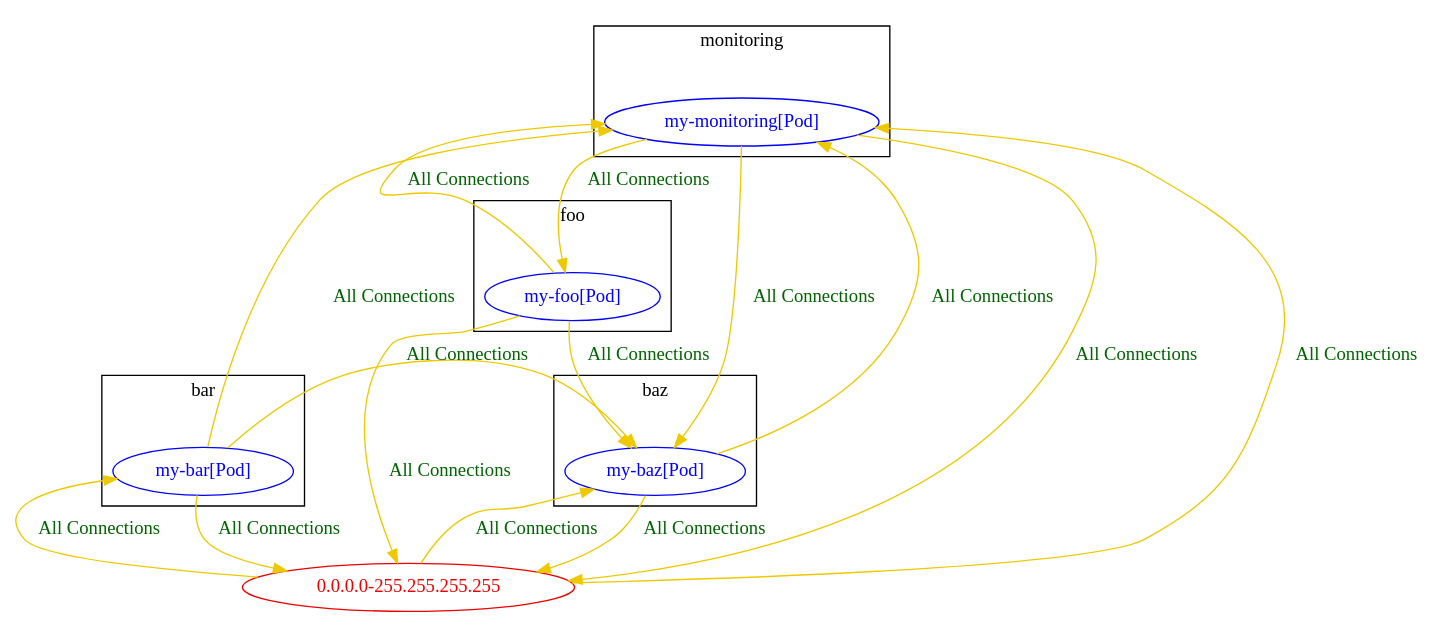
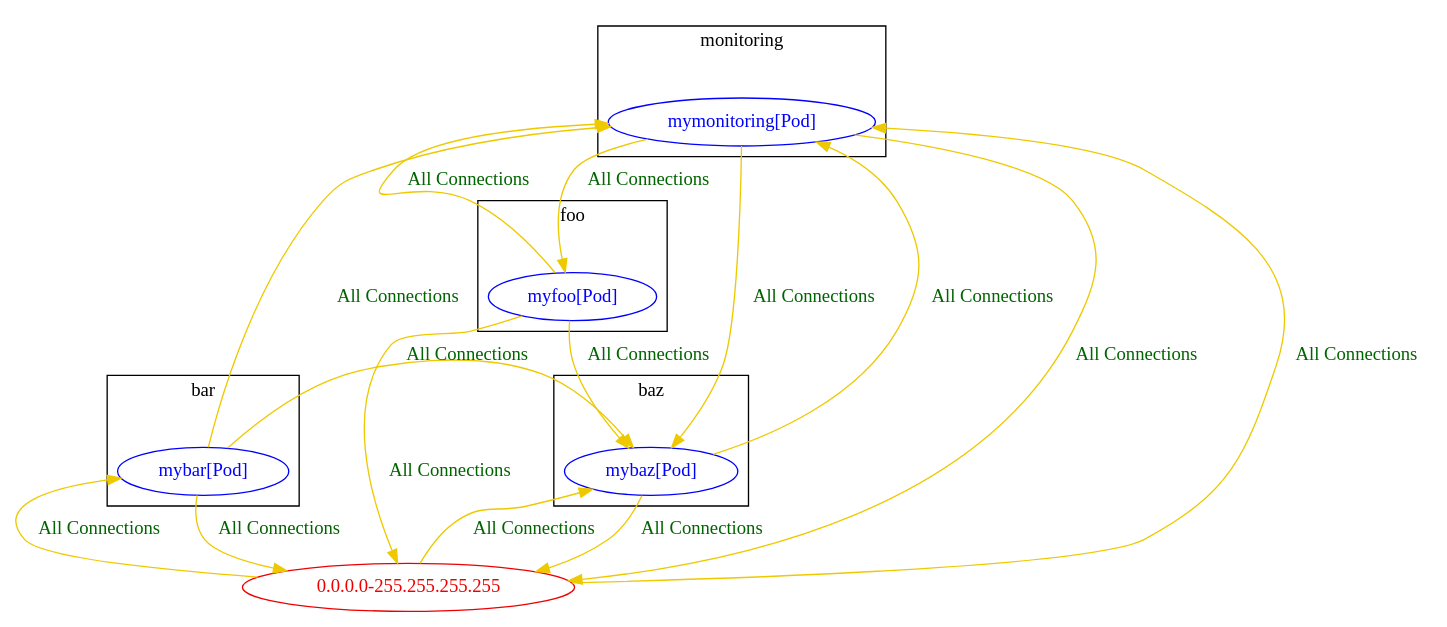
Before and after one commit to np-guard/netpol-analyzer: the diagram in test_outputs/connlist/anp_banp_blog_demo_connlist_output.dot, drawn with Graphviz. The commit also changed 6 other files, not shown here.

```diff
--- a/test_outputs/connlist/anp_banp_blog_demo_connlist_output.dot
+++ b/test_outputs/connlist/anp_banp_blog_demo_connlist_output.dot
@@ -1,41 +1,41 @@
 digraph {
 	subgraph "cluster_bar" {
 		color="black"
 		fontcolor="black"
-		"bar/my-bar[Pod]" [label="my-bar[Pod]" color="blue" fontcolor="blue"]
+		"bar/mybar[Pod]" [label="mybar[Pod]" color="blue" fontcolor="blue"]
 		label="bar"
 	}
 	subgraph "cluster_baz" {
 		color="black"
 		fontcolor="black"
-		"baz/my-baz[Pod]" [label="my-baz[Pod]" color="blue" fontcolor="blue"]
+		"baz/mybaz[Pod]" [label="mybaz[Pod]" color="blue" fontcolor="blue"]
 		label="baz"
 	}
 	subgraph "cluster_foo" {
 		color="black"
 		fontcolor="black"
-		"foo/my-foo[Pod]" [label="my-foo[Pod]" color="blue" fontcolor="blue"]
+		"foo/myfoo[Pod]" [label="myfoo[Pod]" color="blue" fontcolor="blue"]
 		label="foo"
 	}
 	subgraph "cluster_monitoring" {
 		color="black"
 		fontcolor="black"
-		"monitoring/my-monitoring[Pod]" [label="my-monitoring[Pod]" color="blue" fontcolor="blue"]
+		"monitoring/mymonitoring[Pod]" [label="mymonitoring[Pod]" color="blue" fontcolor="blue"]
 		label="monitoring"
 	}
 	"0.0.0.0-255.255.255.255" [label="0.0.0.0-255.255.255.255" color="red2" fontcolor="red2"]
-	"0.0.0.0-255.255.255.255" -> "bar/my-bar[Pod]" [label="All Connections" color="gold2" fontcolor="darkgreen" weight=0.5]
-	"0.0.0.0-255.255.255.255" -> "baz/my-baz[Pod]" [label="All Connections" color="gold2" fontcolor="darkgreen" weight=0.5]
-	"0.0.0.0-255.255.255.255" -> "monitoring/my-monitoring[Pod]" [label="All Connections" color="gold2" fontcolor="darkgreen" weight=0.5]
-	"bar/my-bar[Pod]" -> "0.0.0.0-255.255.255.255" [label="All Connections" color="gold2" fontcolor="darkgreen" weight=1]
-	"bar/my-bar[Pod]" -> "baz/my-baz[Pod]" [label="All Connections" color="gold2" fontcolor="darkgreen" weight=0.5]
-	"bar/my-bar[Pod]" -> "monitoring/my-monitoring[Pod]" [label="All Connections" color="gold2" fontcolor="darkgreen" weight=0.5]
-	"baz/my-baz[Pod]" -> "0.0.0.0-255.255.255.255" [label="All Connections" color="gold2" fontcolor="darkgreen" weight=1]
-	"baz/my-baz[Pod]" -> "monitoring/my-monitoring[Pod]" [label="All Connections" color="gold2" fontcolor="darkgreen" weight=0.5]
-	"foo/my-foo[Pod]" -> "0.0.0.0-255.255.255.255" [label="All Connections" color="gold2" fontcolor="darkgreen" weight=1]
-	"foo/my-foo[Pod]" -> "baz/my-baz[Pod]" [label="All Connections" color="gold2" fontcolor="darkgreen" weight=1]
-	"foo/my-foo[Pod]" -> "monitoring/my-monitoring[Pod]" [label="All Connections" color="gold2" fontcolor="darkgreen" weight=0.5]
-	"monitoring/my-monitoring[Pod]" -> "0.0.0.0-255.255.255.255" [label="All Connections" color="gold2" fontcolor="darkgreen" weight=1]
-	"monitoring/my-monitoring[Pod]" -> "baz/my-baz[Pod]" [label="All Connections" color="gold2" fontcolor="darkgreen" weight=1]
-	"monitoring/my-monitoring[Pod]" -> "foo/my-foo[Pod]" [label="All Connections" color="gold2" fontcolor="darkgreen" weight=1]
+	"0.0.0.0-255.255.255.255" -> "bar/mybar[Pod]" [label="All Connections" color="gold2" fontcolor="darkgreen" weight=0.5]
+	"0.0.0.0-255.255.255.255" -> "baz/mybaz[Pod]" [label="All Connections" color="gold2" fontcolor="darkgreen" weight=0.5]
+	"0.0.0.0-255.255.255.255" -> "monitoring/mymonitoring[Pod]" [label="All Connections" color="gold2" fontcolor="darkgreen" weight=0.5]
+	"bar/mybar[Pod]" -> "0.0.0.0-255.255.255.255" [label="All Connections" color="gold2" fontcolor="darkgreen" weight=1]
+	"bar/mybar[Pod]" -> "baz/mybaz[Pod]" [label="All Connections" color="gold2" fontcolor="darkgreen" weight=0.5]
+	"bar/mybar[Pod]" -> "monitoring/mymonitoring[Pod]" [label="All Connections" color="gold2" fontcolor="darkgreen" weight=0.5]
+	"baz/mybaz[Pod]" -> "0.0.0.0-255.255.255.255" [label="All Connections" color="gold2" fontcolor="darkgreen" weight=1]
+	"baz/mybaz[Pod]" -> "monitoring/mymonitoring[Pod]" [label="All Connections" color="gold2" fontcolor="darkgreen" weight=0.5]
+	"foo/myfoo[Pod]" -> "0.0.0.0-255.255.255.255" [label="All Connections" color="gold2" fontcolor="darkgreen" weight=1]
+	"foo/myfoo[Pod]" -> "baz/mybaz[Pod]" [label="All Connections" color="gold2" fontcolor="darkgreen" weight=1]
+	"foo/myfoo[Pod]" -> "monitoring/mymonitoring[Pod]" [label="All Connections" color="gold2" fontcolor="darkgreen" weight=0.5]
+	"monitoring/mymonitoring[Pod]" -> "0.0.0.0-255.255.255.255" [label="All Connections" color="gold2" fontcolor="darkgreen" weight=1]
+	"monitoring/mymonitoring[Pod]" -> "baz/mybaz[Pod]" [label="All Connections" color="gold2" fontcolor="darkgreen" weight=1]
+	"monitoring/mymonitoring[Pod]" -> "foo/myfoo[Pod]" [label="All Connections" color="gold2" fontcolor="darkgreen" weight=1]
 }
```
